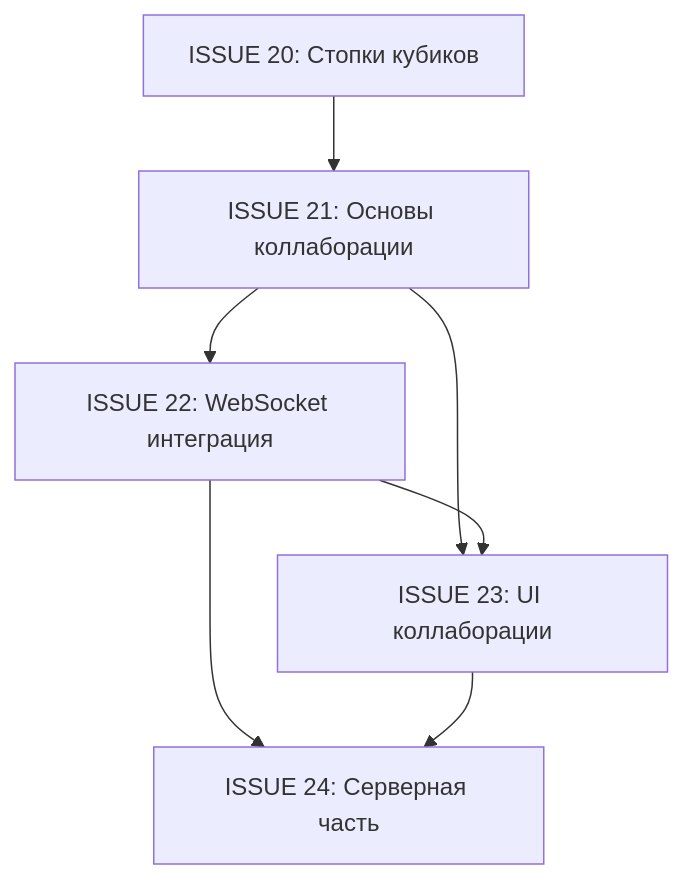
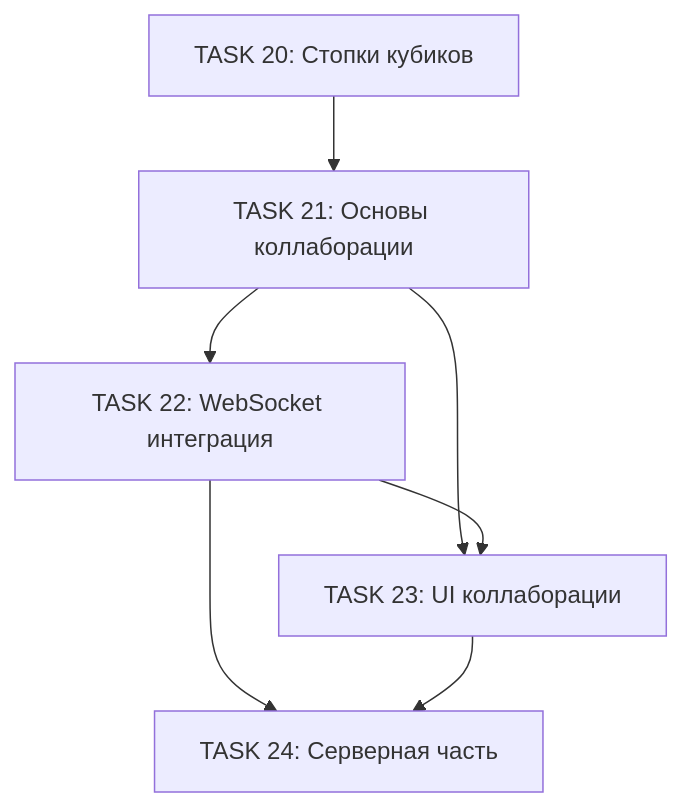
One commit to konard/netkeep80-isocubic changed the diagram in docs/phases/phase-4-multiplayer.md. Above: the diagram before and after it, drawn with Mermaid. The commit also changed other lines of this file and 6 other files, not shown here.

First line of the commit message:
docs: replace ISSUE with TASK terminology throughout documentation

````diff
--- a/docs/phases/phase-4-multiplayer.md
+++ b/docs/phases/phase-4-multiplayer.md
@@ -118,9 +118,9 @@
 ```mermaid
 graph TD
-    I20[ISSUE 20: Стопки кубиков] --> I21[ISSUE 21: Основы коллаборации]
-    I21 --> I22[ISSUE 22: WebSocket интеграция]
-    I21 --> I23[ISSUE 23: UI коллаборации]
-    I22 --> I23
-    I22 --> I24[ISSUE 24: Серверная часть]
-    I23 --> I24
+    T20[TASK 20: Стопки кубиков] --> T21[TASK 21: Основы коллаборации]
+    T21 --> T22[TASK 22: WebSocket интеграция]
+    T21 --> T23[TASK 23: UI коллаборации]
+    T22 --> T23
+    T22 --> T24[TASK 24: Серверная часть]
+    T23 --> T24
 ```
````
